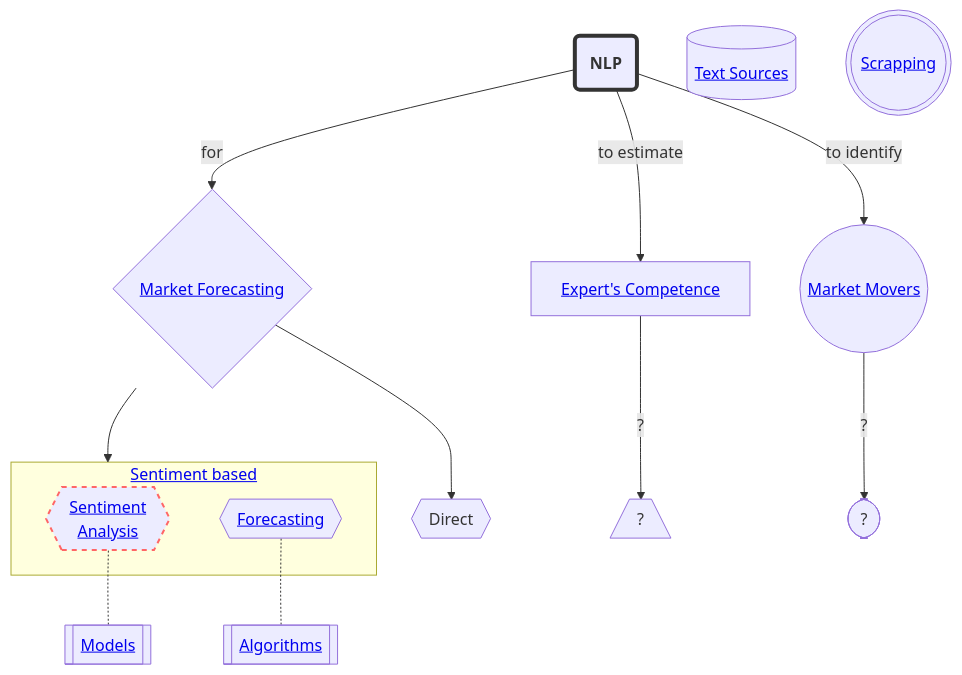
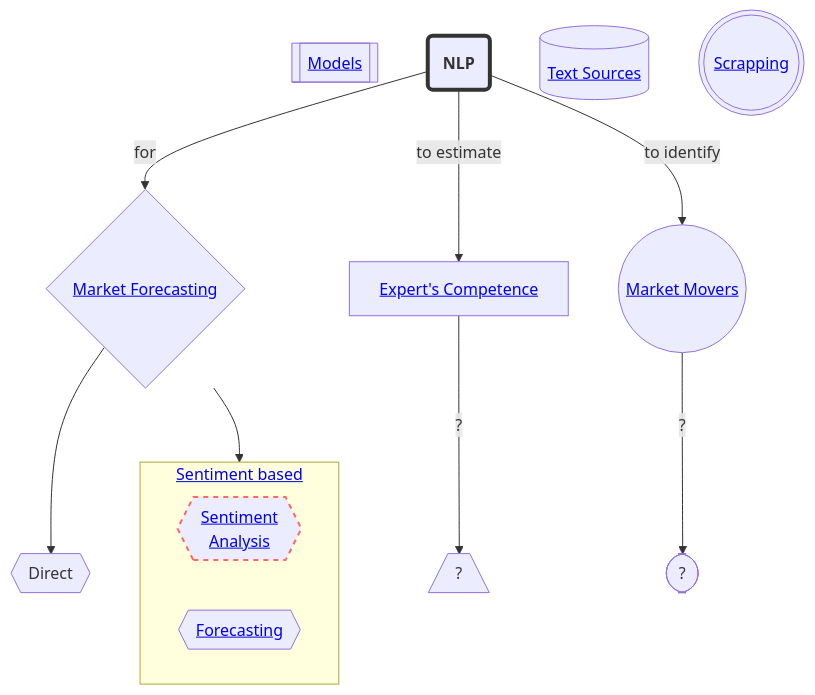
Before and after one commit to completelyboofyblitzed/STOCK-MARKET-NLP: the first of 2 diagrams in README.md, drawn with Mermaid. The commit also changed other lines of this file, not shown here.

````diff
--- a/README.md
+++ b/README.md
@@ -9,33 +9,33 @@
 ```mermaid
 %%{init: {"theme": "default","fontFamily": "cursive", "sequence": { "securityLevel":"loose" }}}%%
 graph TD
     classDef containers fill:#E6E1F7
     
     %% styling the nodes and arrors https://dompl.medium.com/produce-great-looking-flowcharts-in-seconds-7f3bea64f2e2
     %% mermaid editor https://mermaid.live
-    
+    Mo[[<a href='https://github.com/completelyboofyblitzed/NLP-in-STOCK-MARKET/blob/main/README.md#models'>Models</a>]]
     A(<b>NLP</b>) -->|for| F{<a href='https://github.com/completelyboofyblitzed/NLP-in-STOCK-MARKET/blob/main/README.md#market-forecasting'>Market Forecasting</a>} 
     
     style A stroke:#333,stroke-width:4px
     subgraph MF [<a href='https://github.com/completelyboofyblitzed/NLP-in-STOCK-MARKET/blob/main/README.md#sentiment-based' >Sentiment based</a>]
     Se{{<a href='https://github.com/completelyboofyblitzed/NLP-in-STOCK-MARKET/blob/main/README.md#sentiment-analysis'>Sentiment<br>Analysis</a>}}
     Fc{{<a href='https://github.com/completelyboofyblitzed/NLP-in-STOCK-MARKET/blob/main/README.md#forecasting'>Forecasting</a>}}
     %% Al{{?}}
     end
 
     
     Ts[(<a href='https://github.com/completelyboofyblitzed/NLP-in-STOCK-MARKET/blob/main/README.md#text-sources'>Text Sources</a>)]
-    Mo[[<a href='https://github.com/completelyboofyblitzed/NLP-in-STOCK-MARKET/blob/main/README.md#models'>Models</a>]]
-    Se<-.-Mo
-    Fc<-.-Al[[<a href='https://github.com/completelyboofyblitzed/NLP-in-STOCK-MARKET/blob/main/README.md#algorithms'>Algorithms</a>]]
+    
+    %% Se<-.-Mo
+    %% Fc<-.-Al[[<a href='https://github.com/completelyboofyblitzed/NLP-in-STOCK-MARKET/blob/main/README.md#algorithms'>Algorithms</a>]]
     F--> Di{{Direct}}
 
     Sc(((<a href='https://github.com/completelyboofyblitzed/NLP-in-STOCK-MARKET/blob/main/README.md#scrapping'>Scrapping</a>)))
     A -->|to estimate| E[<a href='https://github.com/completelyboofyblitzed/NLP-in-STOCK-MARKET/blob/main/README.md#experts-competence-estimation'>Expert's Competence</a>]
     A -->|to identify| M((<a href='https://github.com/completelyboofyblitzed/NLP-in-STOCK-MARKET/blob/main/README.md#market-movers-identification'>Market Movers</a>))
     F -->|"  "| MF{{?}}
     style Se stroke:#f66,stroke-width:2px,color:#fff,stroke-dasharray: 5 5,text-decoration: none
     E -->|?| V[/?\]
     M -->|?| Q([?])
     %% class A,B,F,E,E,M,F,Q containers;
 ```
````
